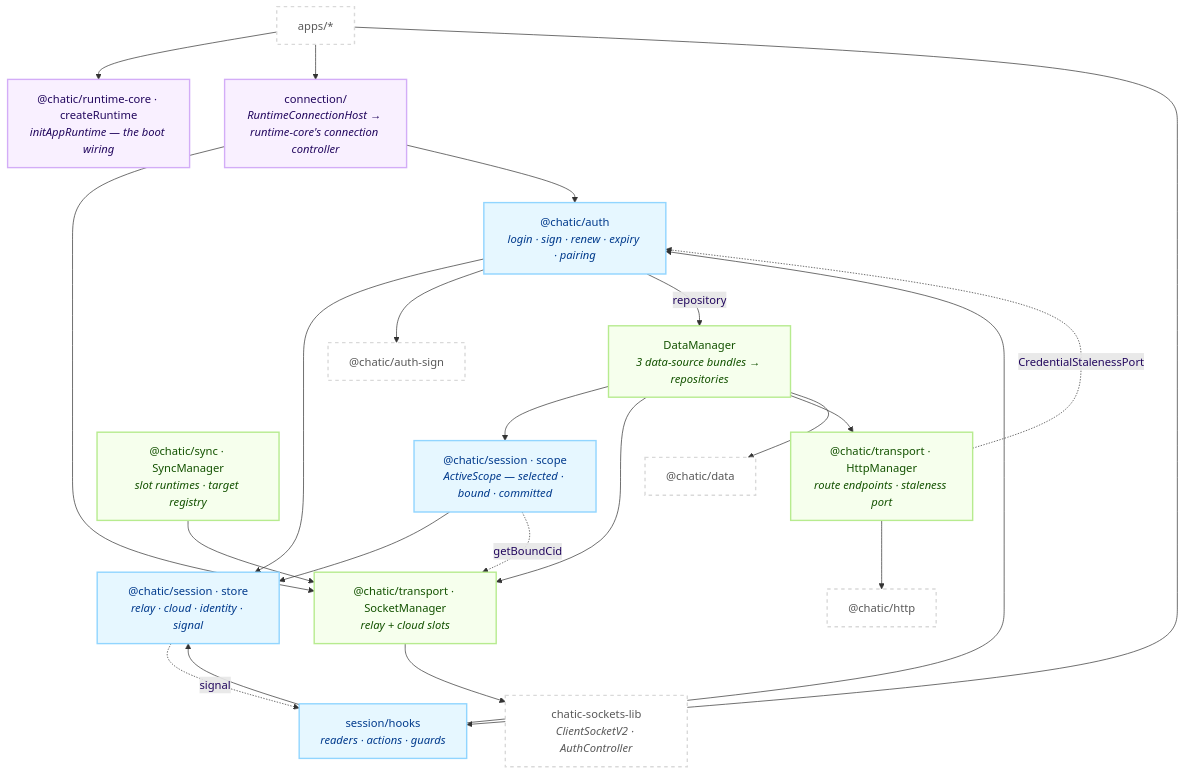
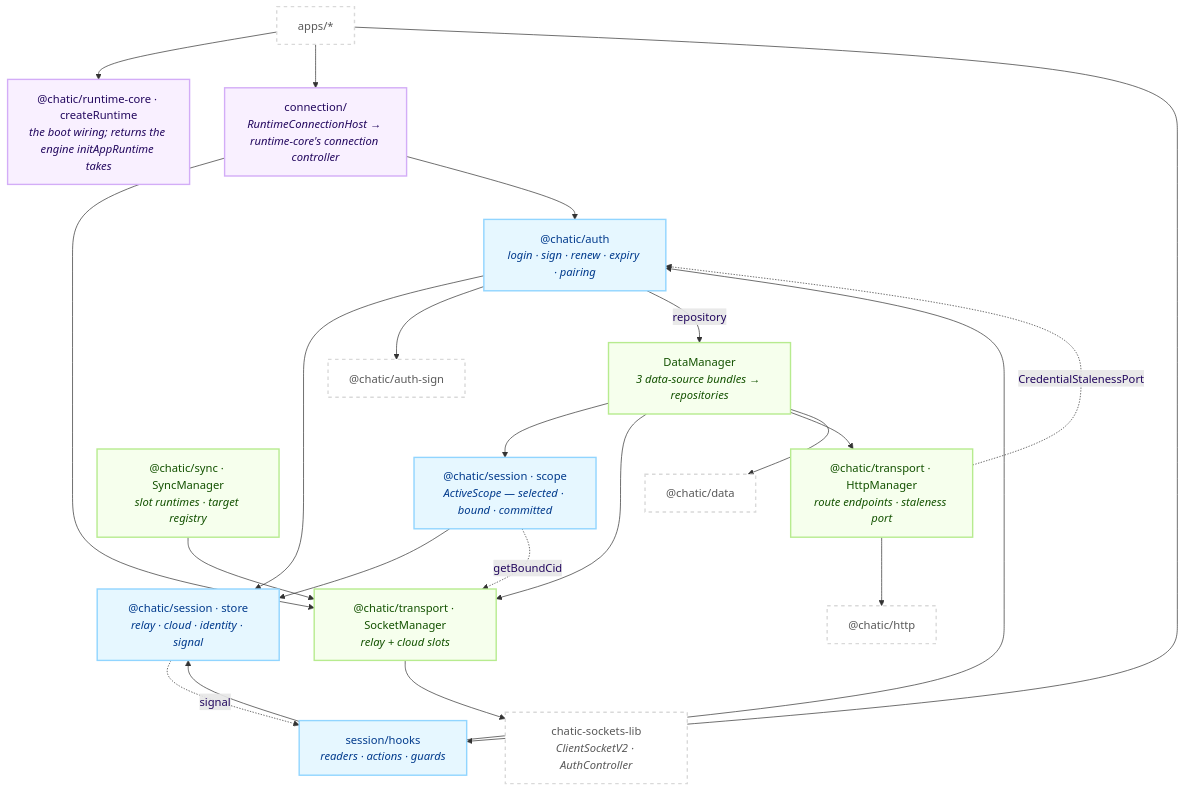
One commit to lemoncloud-io/dou-app changed the first of 2 diagrams in libs/app-runtime/README.md. Above: the diagram before and after it, drawn with Mermaid. The commit also changed other lines of this file and 83 other files, not shown here.

First line of the commit message:
refactor(runtime-core,runtime-web,app-runtime): start the react surface from an engine (ADR-0308)

````diff
--- a/libs/app-runtime/README.md
+++ b/libs/app-runtime/README.md
@@ -74,48 +74,48 @@
 ```mermaid
 flowchart TD
     classDef root fill:#f9f0ff,stroke:#d3adf7,stroke-width:2px,color:#22075e;
     classDef sess fill:#e6f7ff,stroke:#91d5ff,stroke-width:2px,color:#003a8c;
     classDef eng fill:#f6ffed,stroke:#b7eb8f,stroke-width:2px,color:#135200;
     classDef ext fill:#ffffff,stroke:#d9d9d9,stroke-width:2px,color:#595959,stroke-dasharray: 5 5;
 
     App["apps/*"]:::ext
-    Init["@chatic/runtime-core · createRuntime<br/><i>initAppRuntime — the boot wiring</i>"]:::root
+    Init["@chatic/runtime-core · createRuntime<br/><i>the boot wiring; returns the engine initAppRuntime takes</i>"]:::root
     Host["connection/<br/><i>RuntimeConnectionHost → runtime-core's connection controller</i>"]:::root
 
     Hooks["session/hooks<br/><i>readers · actions · guards</i>"]:::sess
     Auth["@chatic/auth<br/><i>login · sign · renew · expiry · pairing</i>"]:::sess
     Store["@chatic/session · store<br/><i>relay · cloud · identity · signal</i>"]:::sess
     Scope["@chatic/session · scope<br/><i>ActiveScope — selected · bound · committed</i>"]:::sess
 
     SM["@chatic/transport · SocketManager<br/><i>relay + cloud slots</i>"]:::eng
     SyncM["@chatic/sync · SyncManager<br/><i>slot runtimes · target registry</i>"]:::eng
     HM["@chatic/transport · HttpManager<br/><i>route endpoints · staleness port</i>"]:::eng
     DM["DataManager<br/><i>3 data-source bundles → repositories</i>"]:::eng
 
     SDK["chatic-sockets-lib<br/><i>ClientSocketV2 · AuthController</i>"]:::ext
     Data["@chatic/data"]:::ext
     Http["@chatic/http"]:::ext
     Sign["@chatic/auth-sign"]:::ext
 
     App --> Init
     App --> Host
     App --> Hooks
     Host --> SM
     Host --> Auth
     Hooks --> Auth
     Hooks --> Store
     Auth --> Store
     Auth --> Sign
     Auth -->|"repository"| DM
     Scope --> Store
     Scope -.->|"getBoundCid"| SM
     Store -.->|"signal"| Hooks
     SM --> SDK
     SyncM --> SM
     DM --> Scope
     DM --> SM
     DM --> HM
     DM --> Data
     HM --> Http
     HM -.->|"CredentialStalenessPort"| Auth
 ```
````
